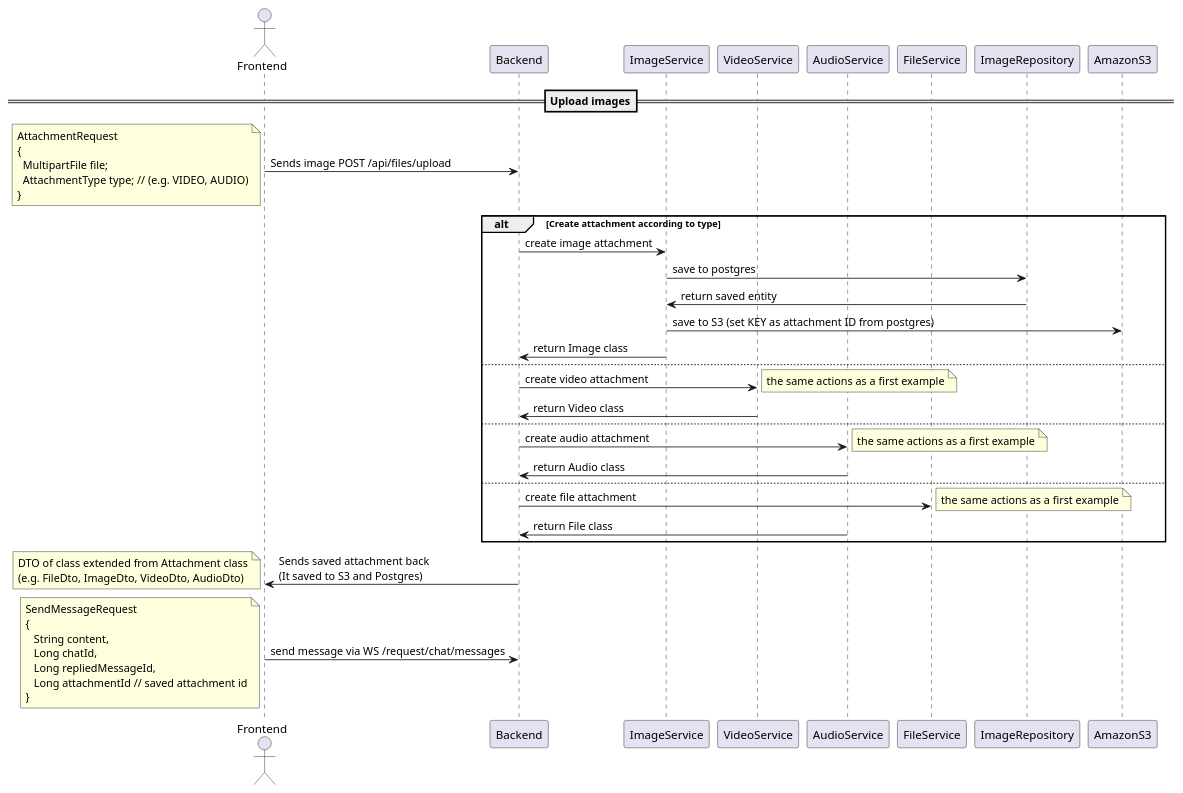
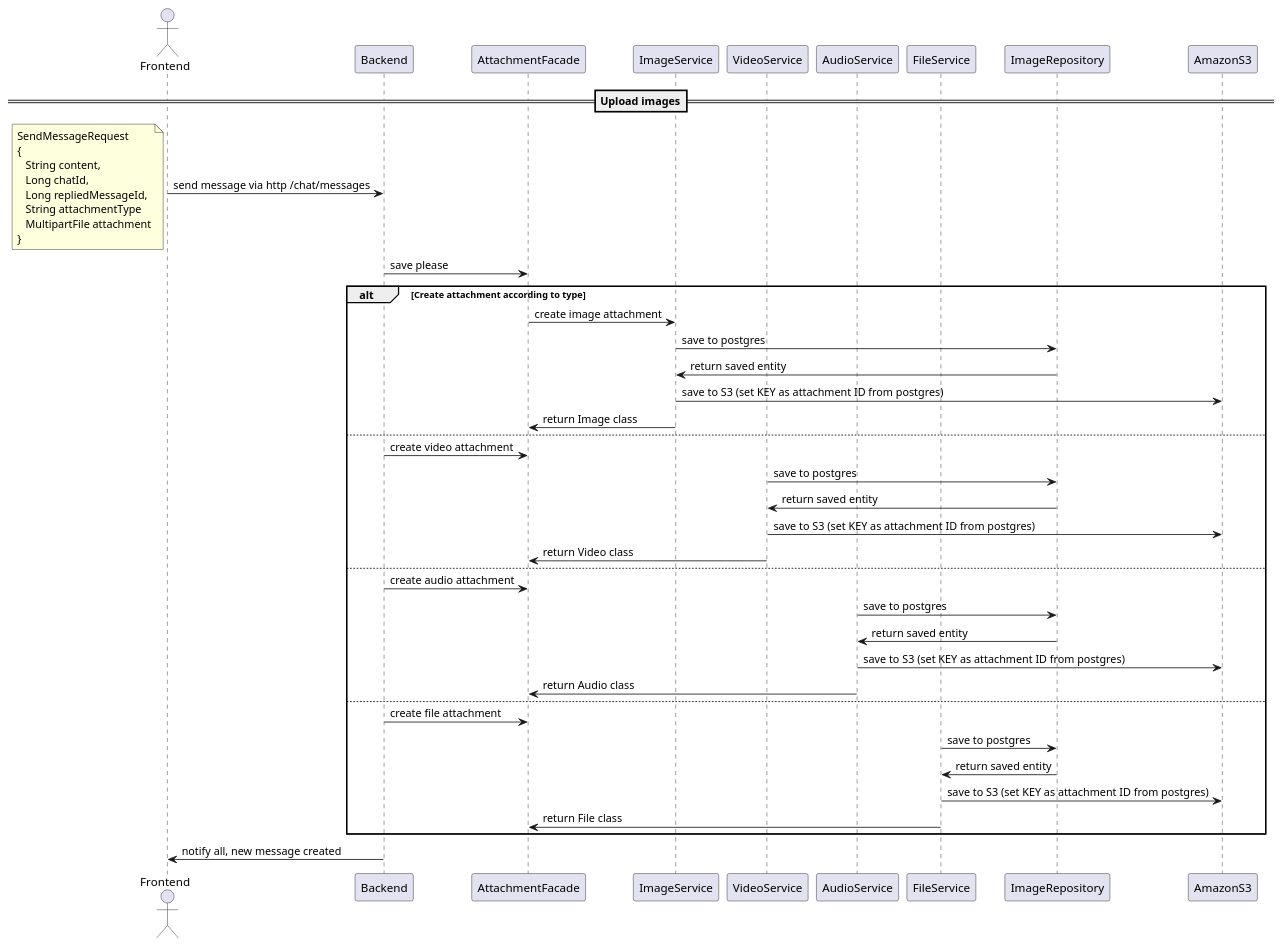
The diagram in docs/attachments/images-uploading-flow.puml (LiashenkoAndrey/talk-and-travel), drawn with PlantUML before and after one commit.

```diff
--- a/docs/attachments/images-uploading-flow.puml
+++ b/docs/attachments/images-uploading-flow.puml
@@ -1,63 +1,55 @@
 @startuml
 actor Frontend
 participant Backend
+participant AttachmentFacade
 participant ImageService
 participant VideoService
 participant AudioService
 participant FileService
-'participant AttachmentService
 participant ImageRepository
 participant AmazonS3
 
 ==Upload images==
+Frontend -> Backend : send message via http /chat/messages
 
-Frontend -> Backend : Sends image POST /api/files/upload
-
-note left
-AttachmentRequest
-{
-  MultipartFile file;
-  AttachmentType type; // (e.g. VIDEO, AUDIO)
-}
-end note
-
-alt Create attachment according to type
-  Backend -> ImageService : create image attachment
-  ImageService -> ImageRepository : save to postgres
-  ImageRepository -> ImageService : return saved entity
-  ImageService -> AmazonS3 : save to S3 (set KEY as attachment ID from postgres)
-  ImageService -> Backend : return Image class
-else
-  Backend -> VideoService : create video attachment
-  note right: the same actions as a first example
-  VideoService -> Backend : return Video class
-else
-  Backend -> AudioService : create audio attachment
-  note right: the same actions as a first example
-  AudioService -> Backend : return Audio class
-else
-  Backend -> FileService : create file attachment
-  note right: the same actions as a first example
-  AudioService -> Backend : return File class
-end
-
-Backend -> Frontend : Sends saved attachment back\n(It saved to S3 and Postgres)
-
-note left
-DTO of class extended from Attachment class
-(e.g. FileDto, ImageDto, VideoDto, AudioDto)
-end note
-
-Frontend -> Backend : send message via WS /request/chat/messages
 note left
 SendMessageRequest
 {
    String content,
    Long chatId,
    Long repliedMessageId,
-   Long attachmentId // saved attachment id
+   String attachmentType
+   MultipartFile attachment
 }
 end note
 
+Backend -> AttachmentFacade : save please
+
+alt Create attachment according to type
+  AttachmentFacade -> ImageService : create image attachment
+  ImageService -> ImageRepository : save to postgres
+  ImageRepository -> ImageService : return saved entity
+  ImageService -> AmazonS3 : save to S3 (set KEY as attachment ID from postgres)
+  ImageService -> AttachmentFacade : return Image class
+else
+  Backend -> AttachmentFacade : create video attachment
+  VideoService -> ImageRepository : save to postgres
+  ImageRepository -> VideoService : return saved entity
+  VideoService -> AmazonS3 : save to S3 (set KEY as attachment ID from postgres)
+  VideoService -> AttachmentFacade : return Video class
+else
+  Backend -> AttachmentFacade : create audio attachment
+  AudioService -> ImageRepository : save to postgres
+  ImageRepository -> AudioService : return saved entity
+  AudioService -> AmazonS3 : save to S3 (set KEY as attachment ID from postgres)
+  AudioService -> AttachmentFacade : return Audio class
+else
+  Backend -> AttachmentFacade : create file attachment
+  FileService -> ImageRepository : save to postgres
+  ImageRepository -> FileService : return saved entity
+  FileService -> AmazonS3 : save to S3 (set KEY as attachment ID from postgres)
+  FileService -> AttachmentFacade : return File class
+end
+Backend -> Frontend : notify all, new message created
 
 @enduml
```
